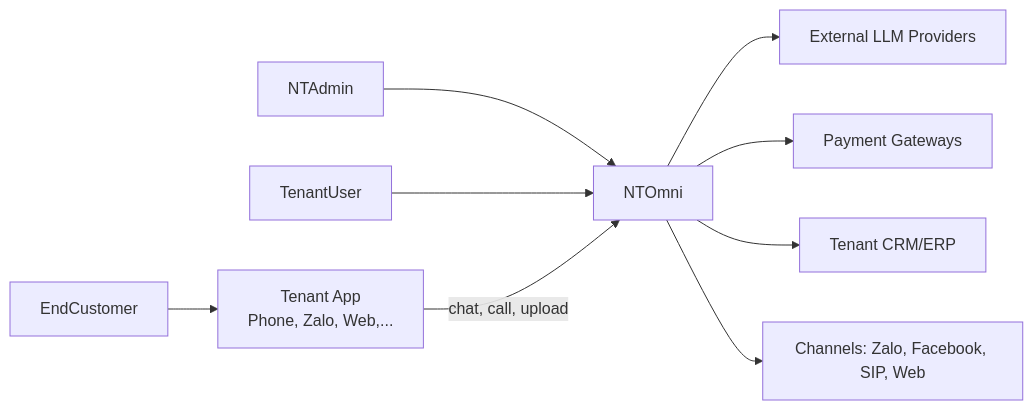
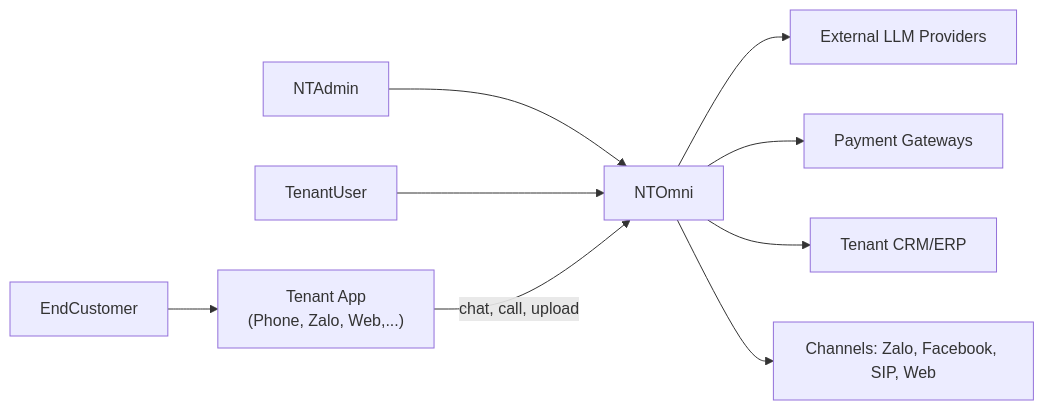
Before and after one commit to anhttmle/CAIO: the diagram in NuiTruc/NT-Omni.md, drawn with Mermaid.

````diff
--- a/NuiTruc/NT-Omni.md
+++ b/NuiTruc/NT-Omni.md
@@ -3,11 +3,11 @@
 ```mermaid
 flowchart LR
   NTAdmin --> NTOmni
   TenantUser --> NTOmni
-  EndCustomer --> TenantApp[Tenant App </br> Phone, Zalo, Web,...]
+  EndCustomer --> TenantApp["Tenant App </br> (Phone, Zalo, Web,...)"]
   TenantApp --> |"chat, call, upload"| NTOmni
   NTOmni --> ExternalLLM[External LLM Providers]
   NTOmni --> PaymentGW[Payment Gateways]
   NTOmni --> TenantCRM[Tenant CRM/ERP]
   NTOmni --> Channels["Channels: Zalo, Facebook, SIP, Web"]
 ```
````
